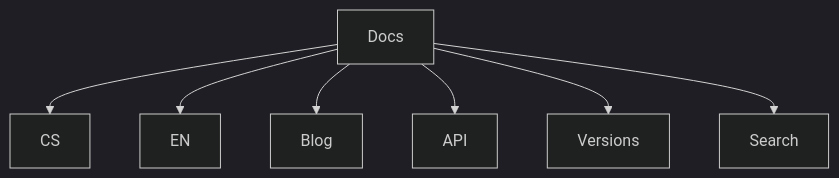
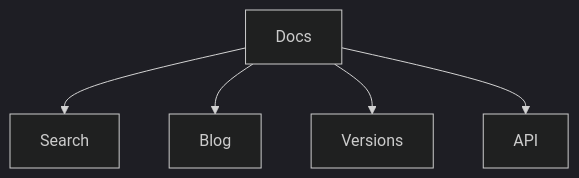
One commit to AKCIZUR/mds changed the diagram in docs/index.md. Above: the diagram before and after it, drawn with Mermaid (dark theme). The commit also changed other lines of this file and 38 other files, not shown here.

````diff
--- a/docs/index.md
+++ b/docs/index.md
@@ -26,9 +27,7 @@
 ```mermaid
 graph TD
-  A[Docs] --> B[CS]
-  A --> C[EN]
-  A --> D[Blog]
+  A[Docs] --> B[Search]
+  A --> C[Blog]
+  A --> D[Versions]
   A --> E[API]
-  A --> F[Versions]
-  A --> G[Search]
 ```
````
